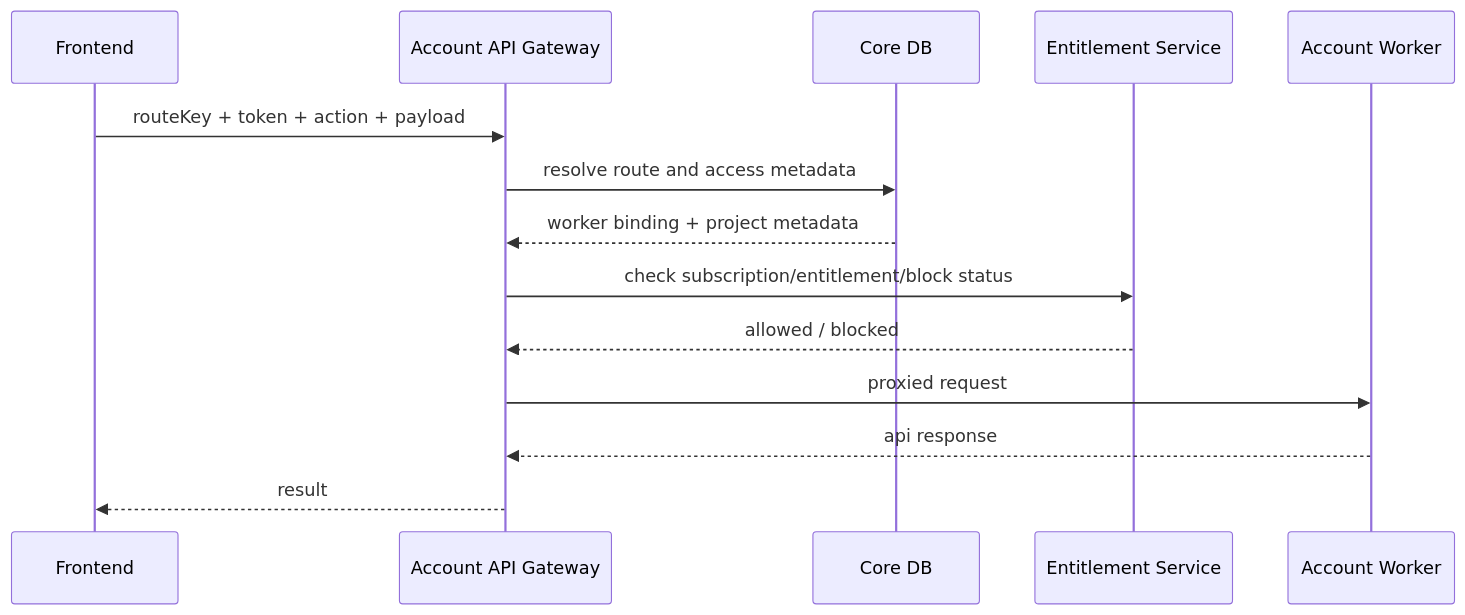
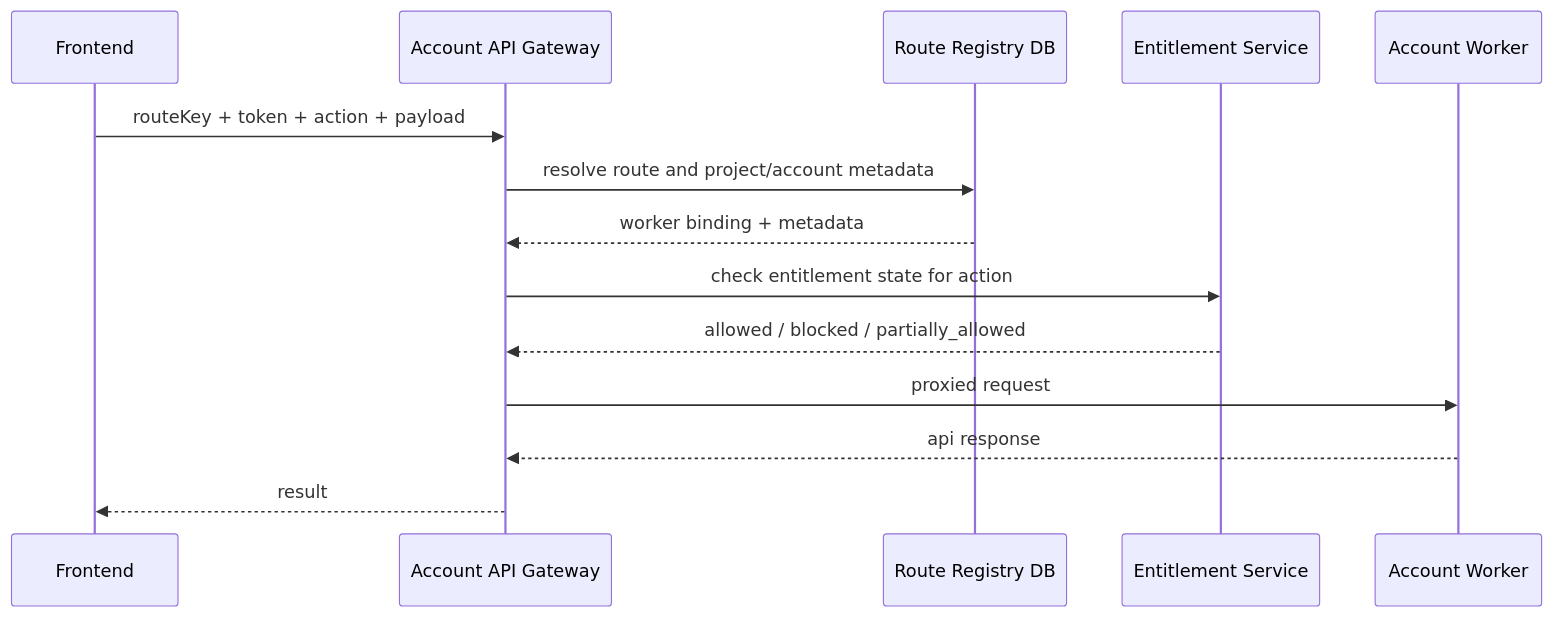
One commit to yakoodev/DigitalDealsCRM changed the fifth of 8 diagrams in docs/architecture_draft/09-data-flows.md. Above: the diagram before and after it, drawn with Mermaid. The commit also changed other lines of this file and 34 other files, not shown here.

Commit message:
docs: consolidate architecture package and add OpenAPI governance

````diff
--- a/docs/architecture_draft/09-data-flows.md
+++ b/docs/architecture_draft/09-data-flows.md
@@ -82,17 +97,17 @@
 ```mermaid
 sequenceDiagram
     participant FE as Frontend
     participant GATE as Account API Gateway
-    participant DB as Core DB
+    participant RDB as Route Registry DB
     participant ENT as Entitlement Service
     participant W as Account Worker
 
     FE->>GATE: routeKey + token + action + payload
-    GATE->>DB: resolve route and access metadata
-    DB-->>GATE: worker binding + project metadata
-    GATE->>ENT: check subscription/entitlement/block status
-    ENT-->>GATE: allowed / blocked
+    GATE->>RDB: resolve route and project/account metadata
+    RDB-->>GATE: worker binding + metadata
+    GATE->>ENT: check entitlement state for action
+    ENT-->>GATE: allowed / blocked / partially_allowed
     GATE->>W: proxied request
     W-->>GATE: api response
     GATE-->>FE: result
 ```
````
